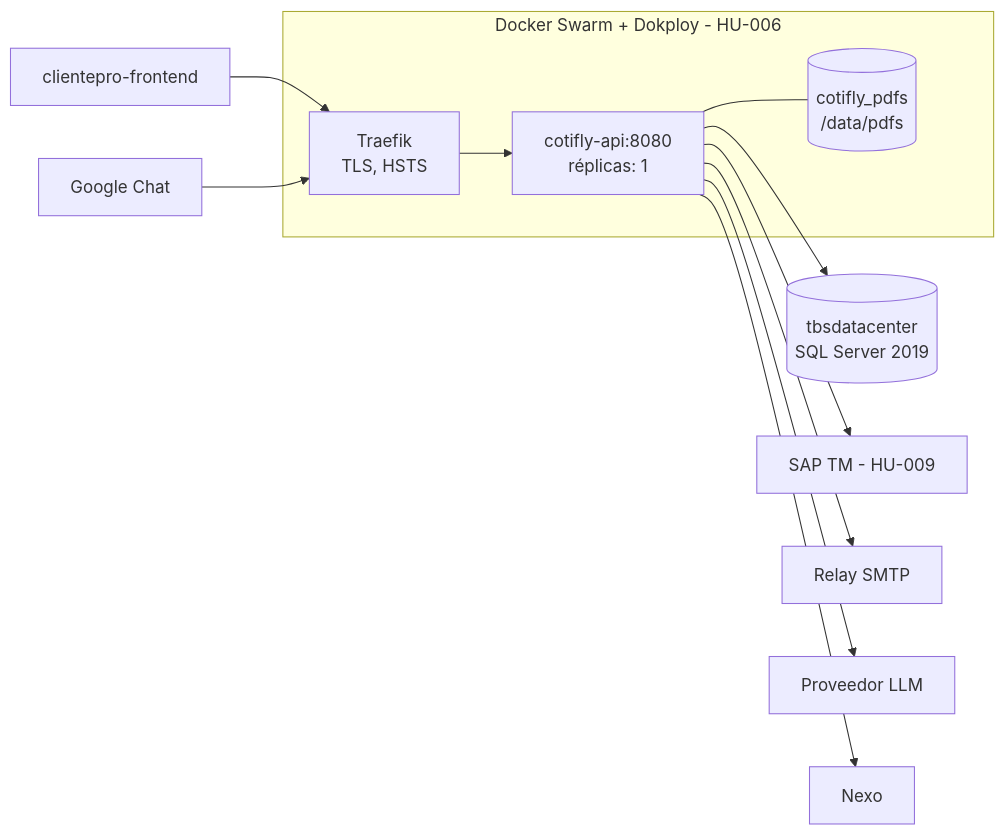
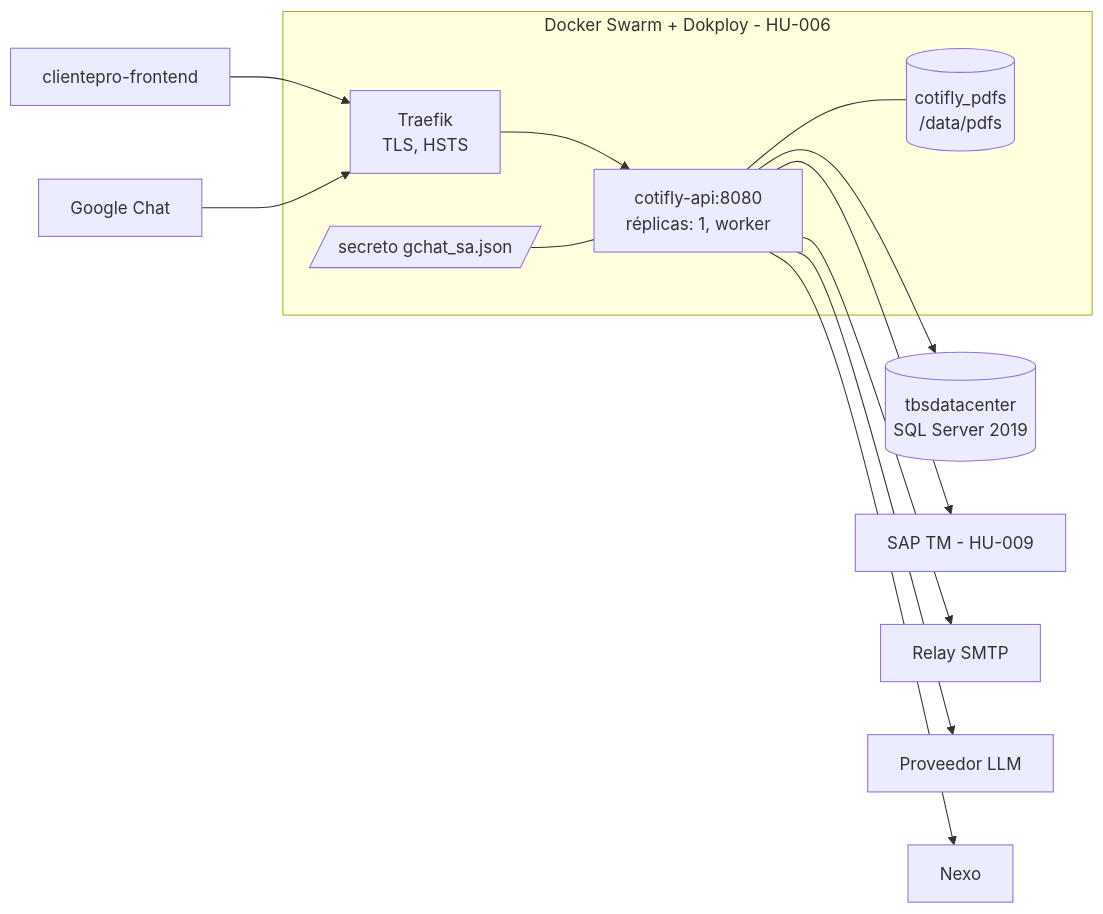
One commit to InnovacionIA-proyectos/Cotifly changed the diagram in backend-dotnet/docs/03-infraestructura.md. Above: the diagram before and after it, drawn with Mermaid. The commit also changed other lines of this file and 6 other files, not shown here.

````diff
--- a/backend-dotnet/docs/03-infraestructura.md
+++ b/backend-dotnet/docs/03-infraestructura.md
@@ -293,14 +293,15 @@
 ```mermaid
 flowchart LR
     subgraph swarm[Docker Swarm + Dokploy - HU-006]
-        traefik[Traefik<br/>TLS, HSTS] --> api[cotifly-api:8080<br/>réplicas: 1]
+        traefik[Traefik<br/>TLS, HSTS] --> api[cotifly-api:8080<br/>réplicas: 1, worker]
         api --- vol[(cotifly_pdfs<br/>/data/pdfs)]
+        sec[/secreto gchat_sa.json/] --- api
     end
     front[clientepro-frontend] --> traefik
     google[Google Chat] --> traefik
     api --> sqlsrv[(tbsdatacenter<br/>SQL Server 2019)]
     api --> sapnet[SAP TM - HU-009]
     api --> relay[Relay SMTP]
     api --> proveedor[Proveedor LLM]
     api --> nexo[Nexo]
 ```
````
